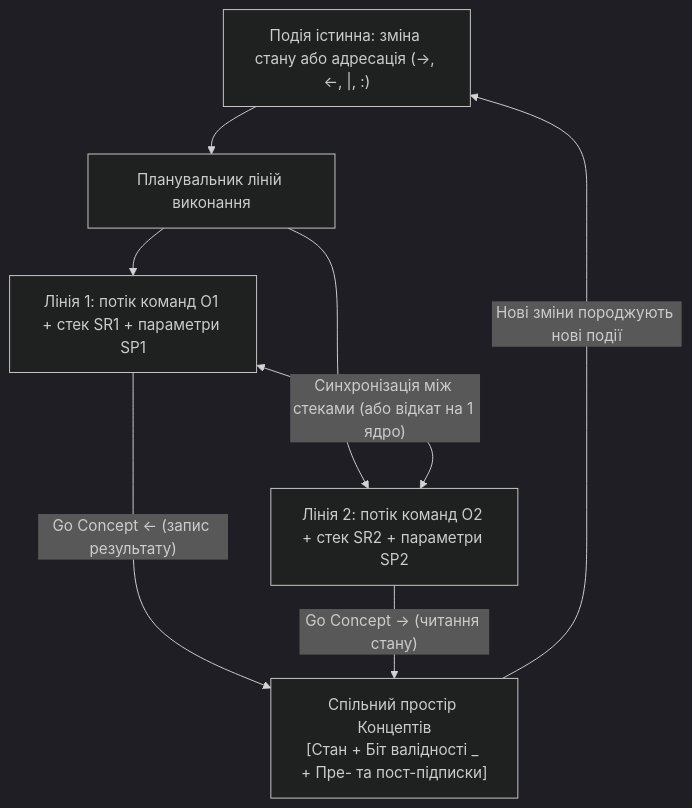
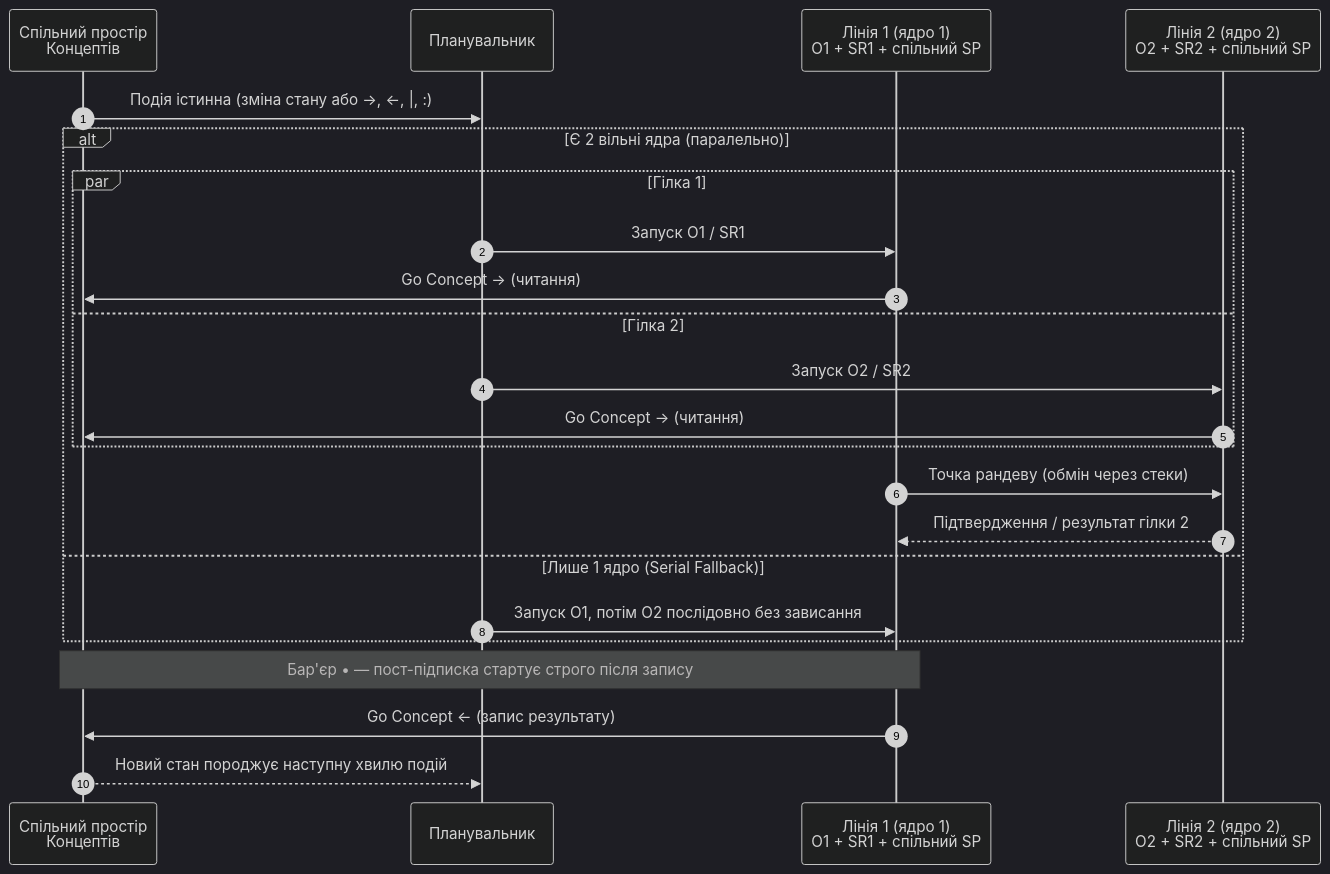
Before and after one commit to nick-fedchik/kuzmin-machine: the third of 7 diagrams in Articles/DOU_Article_Kuzmin_Machine_UA.md, drawn with Mermaid (dark theme). The commit also changed other lines of this file, not shown here.

Commit message:
docs(articles): apply didactic, Mermaid, and formula fixes to full DOU article (v1.1.0)

````diff
--- a/Articles/DOU_Article_Kuzmin_Machine_UA.md
+++ b/Articles/DOU_Article_Kuzmin_Machine_UA.md
@@ -63,10 +94,26 @@
 ```mermaid
-flowchart TD
-    Event["Подія істинна: зміна стану або адресація (→, ←, |, :)"] --> Sched["Планувальник ліній виконання"]
-    Sched --> Line1["Лінія 1: потік команд O1 + стек SR1 + параметри SP1"]
-    Sched --> Line2["Лінія 2: потік команд O2 + стек SR2 + параметри SP2"]
-    Line1 <-->|"Синхронізація між стеками (або відкат на 1 ядро)"| Line2
-    Line1 -->|"Go Concept ← (запис результату)"| Mem["Спільний простір Концептів<br/>[Стан + Біт валідності _ + Пре- та пост-підписки]"]
-    Line2 -->|"Go Concept → (читання стану)"| Mem
-    Mem -->|"Нові зміни породжують нові події"| Event
+sequenceDiagram
+    autonumber
+    participant Mem as Спільний простір<br/>Концептів
+    participant Sched as Планувальник
+    participant L1 as Лінія 1 (ядро 1)<br/>O1 + SR1 + спільний SP
+    participant L2 as Лінія 2 (ядро 2)<br/>O2 + SR2 + спільний SP
+
+    Mem->>Sched: Подія істинна (зміна стану або →, ←, |, :)
+    alt Є 2 вільні ядра (паралельно)
+        par Гілка 1
+            Sched->>L1: Запуск O1 / SR1
+            L1->>Mem: Go Concept → (читання)
+        and Гілка 2
+            Sched->>L2: Запуск O2 / SR2
+            L2->>Mem: Go Concept → (читання)
+        end
+        L1->>L2: Точка рандеву (обмін через стеки)
+        L2-->>L1: Підтвердження / результат гілки 2
+    else Лише 1 ядро (Serial Fallback)
+        Sched->>L1: Запуск O1, потім O2 послідовно без зависання
+    end
+    Note over L1,Mem: Бар'єр • — пост-підписка стартує строго після запису
+    L1->>Mem: Go Concept ← (запис результату)
+    Mem-->>Sched: Новий стан породжує наступну хвилю подій
 ```
````
